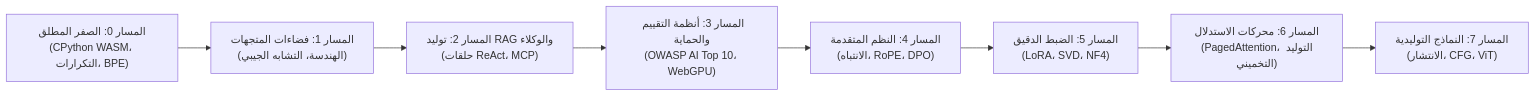
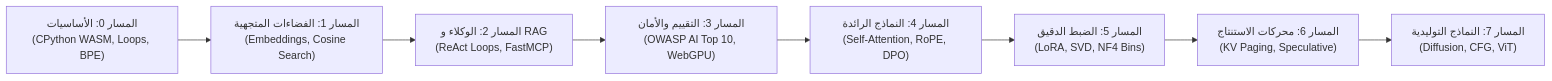
Before and after one commit to Adilrafiq001/OpenGuideForAI: the first of 2 diagrams in docs/translations/README_ar.md, drawn with Mermaid. The commit also changed other lines of this file and 19 other files, not shown here.

````diff
--- a/docs/translations/README_ar.md
+++ b/docs/translations/README_ar.md
@@ -112,13 +76,13 @@
 ```mermaid
 graph LR
-    T0["المسار 0: الصفر المطلق<br/>(CPython WASM، التكرارات، BPE)"]
-    T1["المسار 1: فضاءات المتجهات<br/>(الهندسة، التشابه الجيبي)"]
-    T2["المسار 2: توليد RAG والوكلاء<br/>(حلقات ReAct، MCP)"]
-    T3["المسار 3: أنظمة التقييم والحماية<br/>(OWASP AI Top 10، WebGPU)"]
-    T4["المسار 4: النظم المتقدمة<br/>(الانتباه، RoPE، DPO)"]
-    T5["المسار 5: الضبط الدقيق<br/>(LoRA، SVD، NF4)"]
-    T6["المسار 6: محركات الاستدلال<br/>(PagedAttention، التوليد التخميني)"]
-    T7["المسار 7: النماذج التوليدية<br/>(الانتشار، CFG، ViT)"]
+    T0["المسار 0: الأساسيات<br/>(CPython WASM, Loops, BPE)"]
+    T1["المسار 1: الفضاءات المتجهية<br/>(Embeddings, Cosine Search)"]
+    T2["المسار 2: الوكلاء و RAG<br/>(ReAct Loops, FastMCP)"]
+    T3["المسار 3: التقييم والأمان<br/>(OWASP AI Top 10, WebGPU)"]
+    T4["المسار 4: النماذج الرائدة<br/>(Self-Attention, RoPE, DPO)"]
+    T5["المسار 5: الضبط الدقيق<br/>(LoRA, SVD, NF4 Bins)"]
+    T6["المسار 6: محركات الاستنتاج<br/>(KV Paging, Speculative)"]
+    T7["المسار 7: النماذج التوليدية<br/>(Diffusion, CFG, ViT)"]
 
     T0 --> T1 --> T2 --> T3 --> T4 --> T5 --> T6 --> T7
 ```
````
